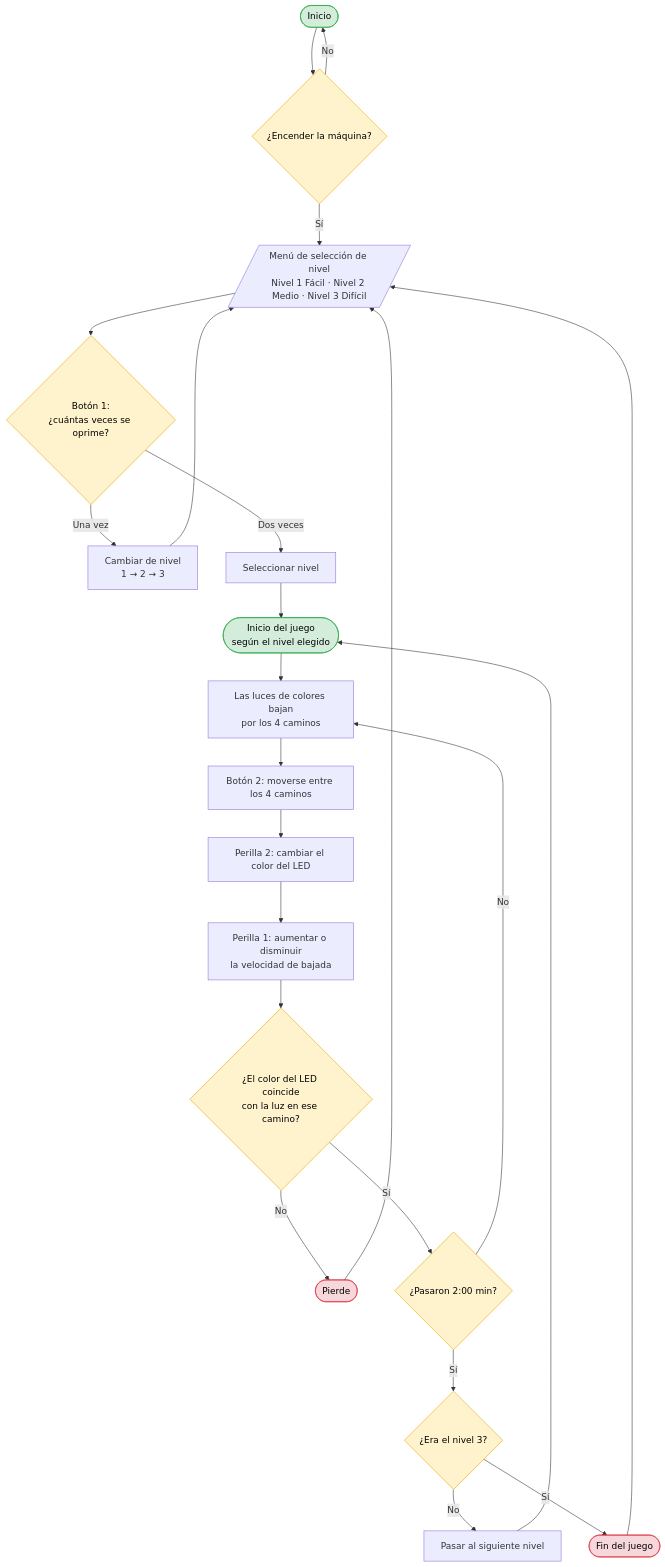
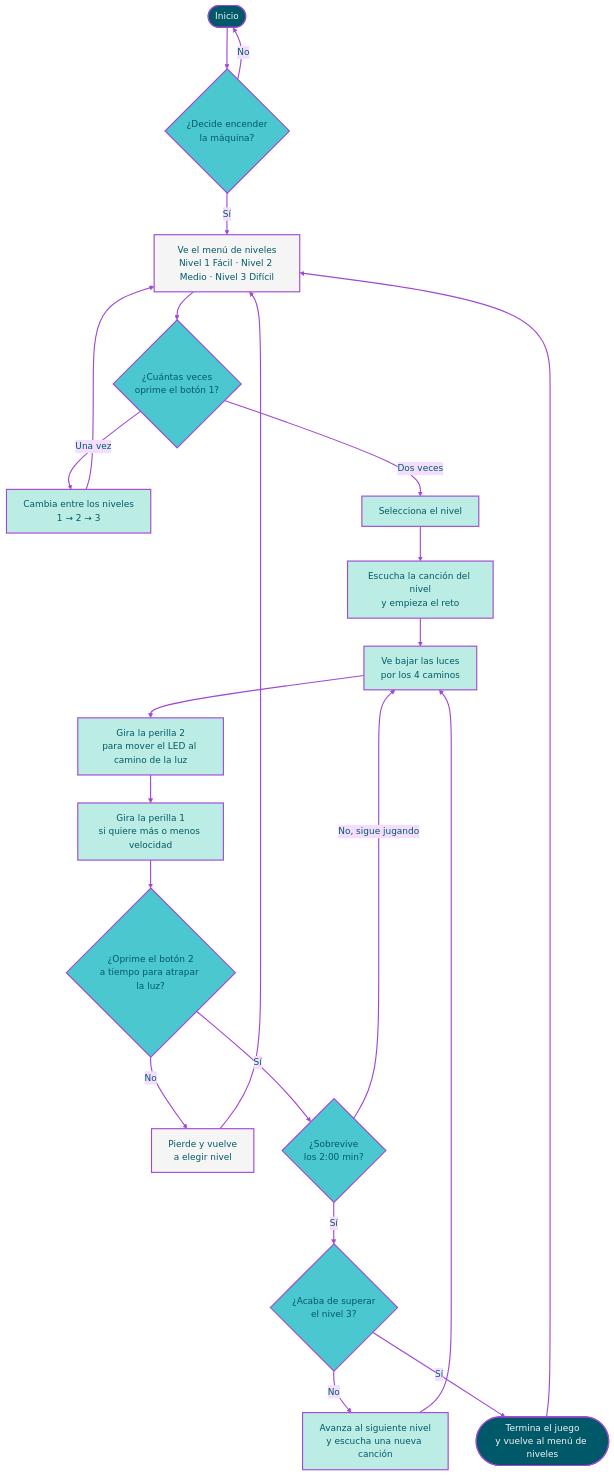
The first of 2 diagrams in 00-proyecto-2/grupo-05/README.md (Anaisbmg/dis8645-2026-2-procesos-2), drawn with Mermaid before and after one commit. The commit also changed other lines of this file, not shown here.

````diff
--- a/00-proyecto-2/grupo-05/README.md
+++ b/00-proyecto-2/grupo-05/README.md
@@ -12,37 +33,41 @@
 ```mermaid
+%%{init: {'theme':'base','themeVariables':{'fontFamily':'Arial','lineColor':'#A247D3','primaryTextColor':'#005968'}}}%%
 flowchart TD
-    A([Inicio]) --> B{¿Encender la máquina?}
+    A([Inicio]) --> B{"¿Decide encender<br/>la máquina?"}
     B -- No --> A
-    B -- Sí --> C[/Menú de selección de nivel<br/>Nivel 1 Fácil · Nivel 2 Medio · Nivel 3 Difícil/]
+    B -- Sí --> C["Ve el menú de niveles<br/>Nivel 1 Fácil · Nivel 2 Medio · Nivel 3 Difícil"]
 
-    C --> D{Botón 1:<br/>¿cuántas veces se oprime?}
-    D -- "Una vez" --> E[Cambiar de nivel<br/>1 → 2 → 3]
+    C --> D{"¿Cuántas veces<br/>oprime el botón 1?"}
+    D -- Una vez --> E["Cambia entre los niveles<br/>1 → 2 → 3"]
     E --> C
-    D -- "Dos veces" --> F[Seleccionar nivel]
+    D -- Dos veces --> F["Selecciona el nivel"]
 
-    F --> G([Inicio del juego<br/>según el nivel elegido])
-    G --> H[Las luces de colores bajan<br/>por los 4 caminos]
+    F --> G["Escucha la canción del nivel<br/>y empieza el reto"]
+    G --> H["Ve bajar las luces<br/>por los 4 caminos"]
+    H --> I["Gira la perilla 2<br/>para mover el LED al camino de la luz"]
+    I --> J["Gira la perilla 1<br/>si quiere más o menos velocidad"]
+    J --> K{"¿Oprime el botón 2<br/>a tiempo para atrapar la luz?"}
 
-    H --> I[Botón 2: moverse entre los 4 caminos]
-    I --> J[Perilla 2: cambiar el color del LED]
-    J --> K[Perilla 1: aumentar o disminuir<br/>la velocidad de bajada]
+    K -- No --> L["Pierde y vuelve<br/>a elegir nivel"]
+    L --> C
 
-    K --> L{¿El color del LED coincide<br/>con la luz en ese camino?}
-    L -- No --> M([Pierde])
-    M --> C
+    K -- Sí --> M{"¿Sobrevive<br/>los 2:00 min?"}
+    M -- No, sigue jugando --> H
+    M -- Sí --> N{"¿Acaba de superar<br/>el nivel 3?"}
+    N -- No --> O["Avanza al siguiente nivel<br/>y escucha una nueva canción"]
+    O --> H
+    N -- Sí --> P(["Termina el juego<br/>y vuelve al menú de niveles"])
+    P --> C
 
-    L -- Sí --> N{¿Pasaron 2:00 min?}
-    N -- No --> H
-    N -- Sí --> O{¿Era el nivel 3?}
-    O -- No --> P[Pasar al siguiente nivel]
-    P --> G
-    O -- Sí --> Q([Fin del juego])
-    Q --> C
+    classDef inicio fill:#005968,stroke:#A247D3,stroke-width:2px,color:#F5F5F5;
+    classDef decision fill:#4BC7CF,stroke:#A247D3,stroke-width:2px,color:#005968;
+    classDef accion fill:#BCEDE5,stroke:#A247D3,stroke-width:2px,color:#005968;
+    classDef menu fill:#F5F5F5,stroke:#A247D3,stroke-width:2px,color:#005968;
 
-    classDef inicio fill:#d4edda,stroke:#28a745,color:#000;
-    classDef decision fill:#fff3cd,stroke:#e0a800,color:#000;
-    classDef fin fill:#f8d7da,stroke:#dc3545,color:#000;
-    class A,G inicio;
-    class B,D,L,N,O decision;
-    class M,Q fin;
+    class A,P inicio;
+    class B,D,K,M,N decision;
+    class E,F,G,H,I,J,O accion;
+    class C,L menu;
+
+    linkStyle default stroke:#A247D3,stroke-width:2px;
 ```
````
